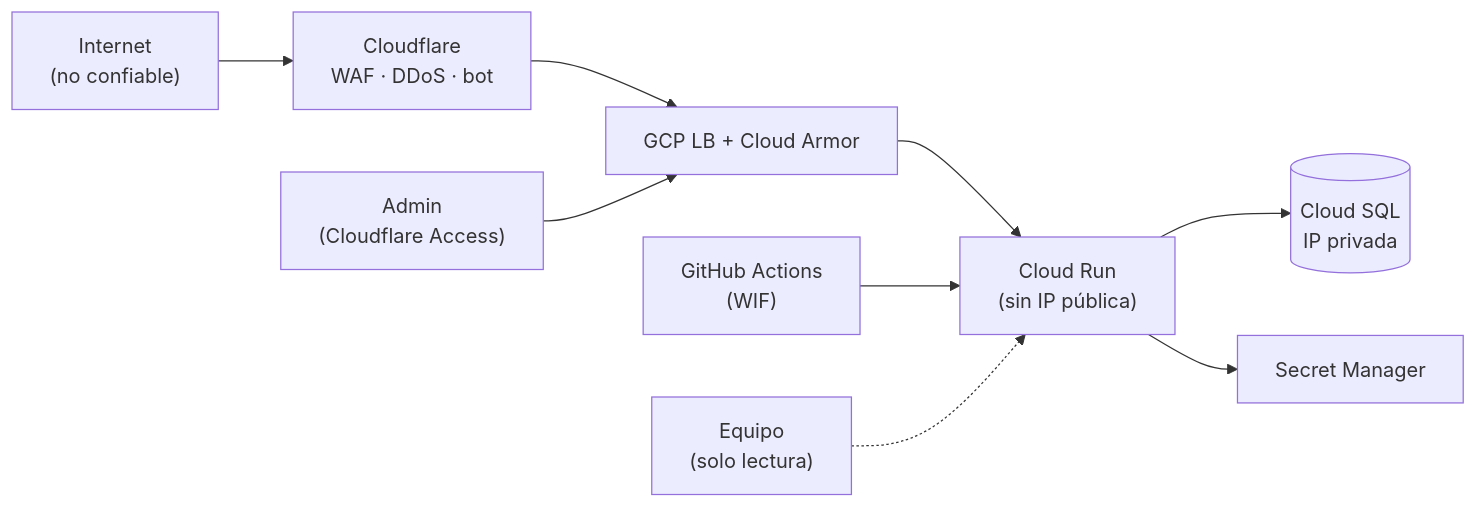
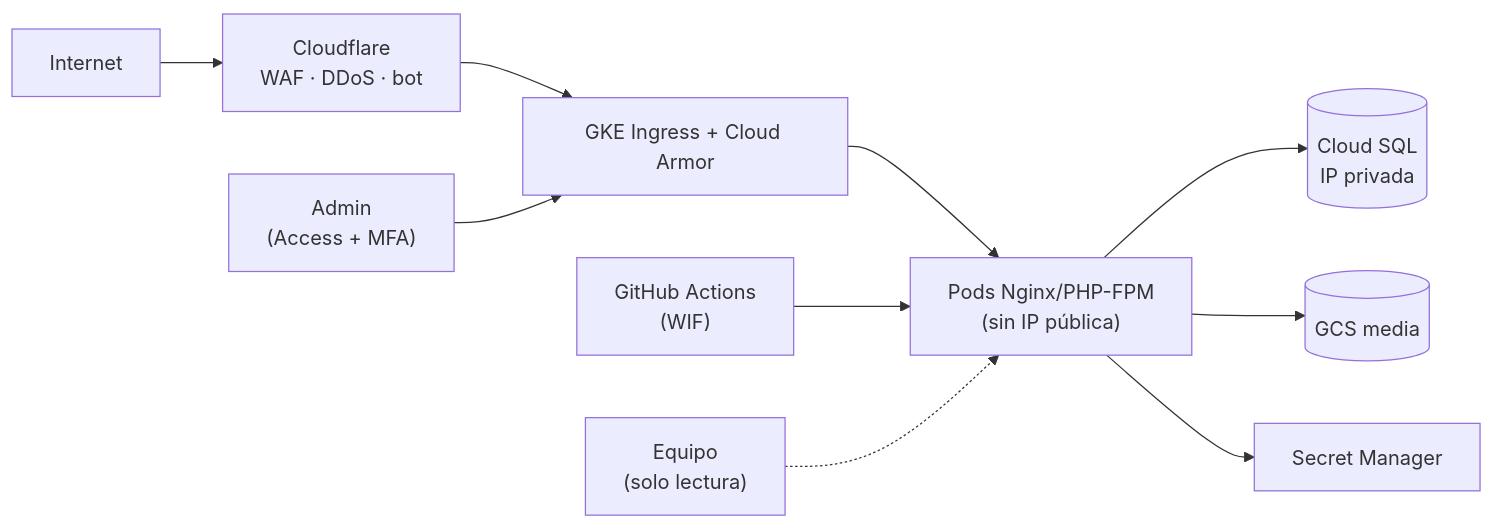
One commit to Joliva07/ProyectoFinal_SeguridadEnAplicaciones changed the diagram in docs/04-ciberdefensa/superficie-ataque.md. Above: the diagram before and after it, drawn with Mermaid. The commit also changed other lines of this file and 38 other files, not shown here.

````diff
--- a/docs/04-ciberdefensa/superficie-ataque.md
+++ b/docs/04-ciberdefensa/superficie-ataque.md
@@ -7,11 +7,12 @@
 ```mermaid
 flowchart LR
-    I["Internet<br/>(no confiable)"] --> CF["Cloudflare<br/>WAF · DDoS · bot"]
-    CF --> LB["GCP LB + Cloud Armor"]
-    LB --> APP["Cloud Run<br/>(sin IP pública)"]
-    APP --> DB[("Cloud SQL<br/>IP privada")]
-    APP --> SM["Secret Manager"]
-    ADMIN["Admin<br/>(Cloudflare Access)"] --> LB
-    CI["GitHub Actions<br/>(WIF)"] --> APP
-    OPS["Equipo<br/>(solo lectura)"] -.-> APP
+    I["Internet"] --> CF["Cloudflare<br/>WAF · DDoS · bot"]
+    CF --> LB["GKE Ingress + Cloud Armor"]
+    LB --> POD["Pods Nginx/PHP-FPM<br/>(sin IP pública)"]
+    POD --> DB[("Cloud SQL<br/>IP privada")]
+    POD --> GCS[("GCS media")]
+    POD --> SM["Secret Manager"]
+    ADM["Admin<br/>(Access + MFA)"] --> LB
+    CI["GitHub Actions<br/>(WIF)"] --> POD
+    OPS["Equipo<br/>(solo lectura)"] -.-> POD
 ```
````
